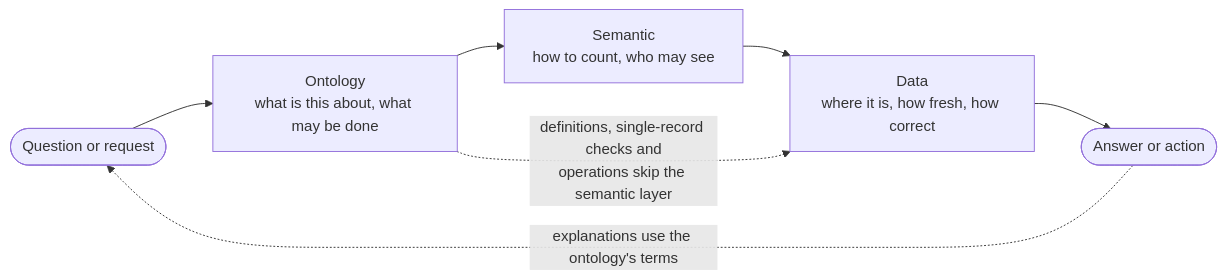
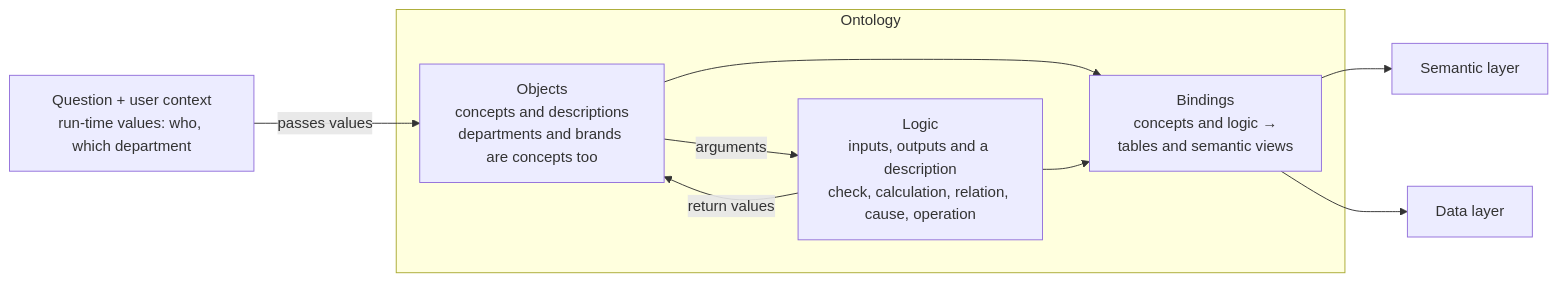
One commit to keito118/ai-ready-requirements changed the diagram in framework/en/06_ontology-design.md. Above: the diagram before and after it, drawn with Mermaid. The commit also changed other lines of this file and 16 other files, not shown here.

````diff
--- a/framework/en/06_ontology-design.md
+++ b/framework/en/06_ontology-design.md
@@ -9,9 +7,15 @@
 ```mermaid
 flowchart LR
-  Q([Question or request]) --> O[Ontology<br/>what is this about, what may be done]
-  O --> S[Semantic<br/>how to count, who may see]
-  S --> D[Data<br/>where it is, how fresh, how correct]
-  D --> A([Answer or action])
-  O -. definitions, single-record checks and<br/>operations skip the semantic layer .-> D
-  A -. explanations use the ontology's terms .-> Q
+  IN["Question + user context<br/>run-time values: who, which department"] -- passes values --> OBJ
+  subgraph ONT[Ontology]
+    OBJ["Objects<br/>concepts and descriptions<br/>departments and brands are concepts too"]
+    LOG["Logic<br/>inputs, outputs and a description<br/>check, calculation, relation, cause, operation"]
+    BIND["Bindings<br/>concepts and logic →<br/>tables and semantic views"]
+    OBJ -- arguments --> LOG
+    LOG -- return values --> OBJ
+    OBJ --> BIND
+    LOG --> BIND
+  end
+  BIND --> SEM[Semantic layer]
+  BIND --> DAT[Data layer]
 ```
````
